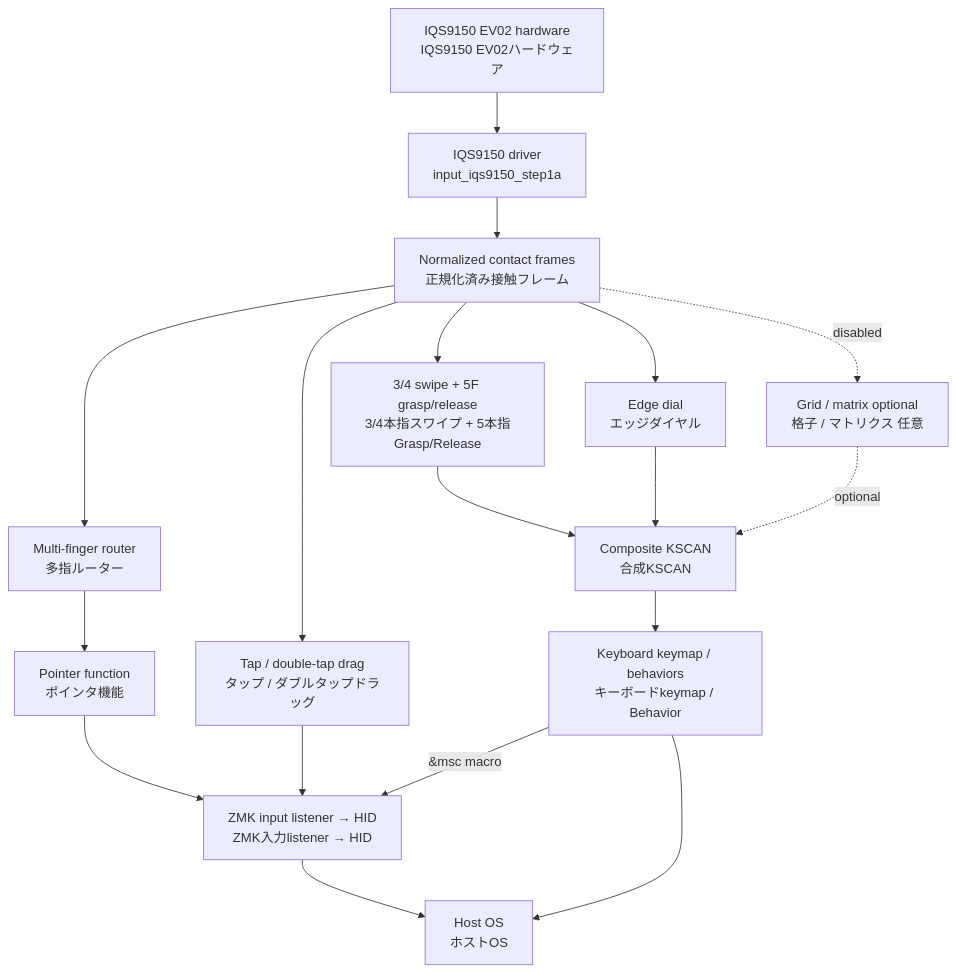
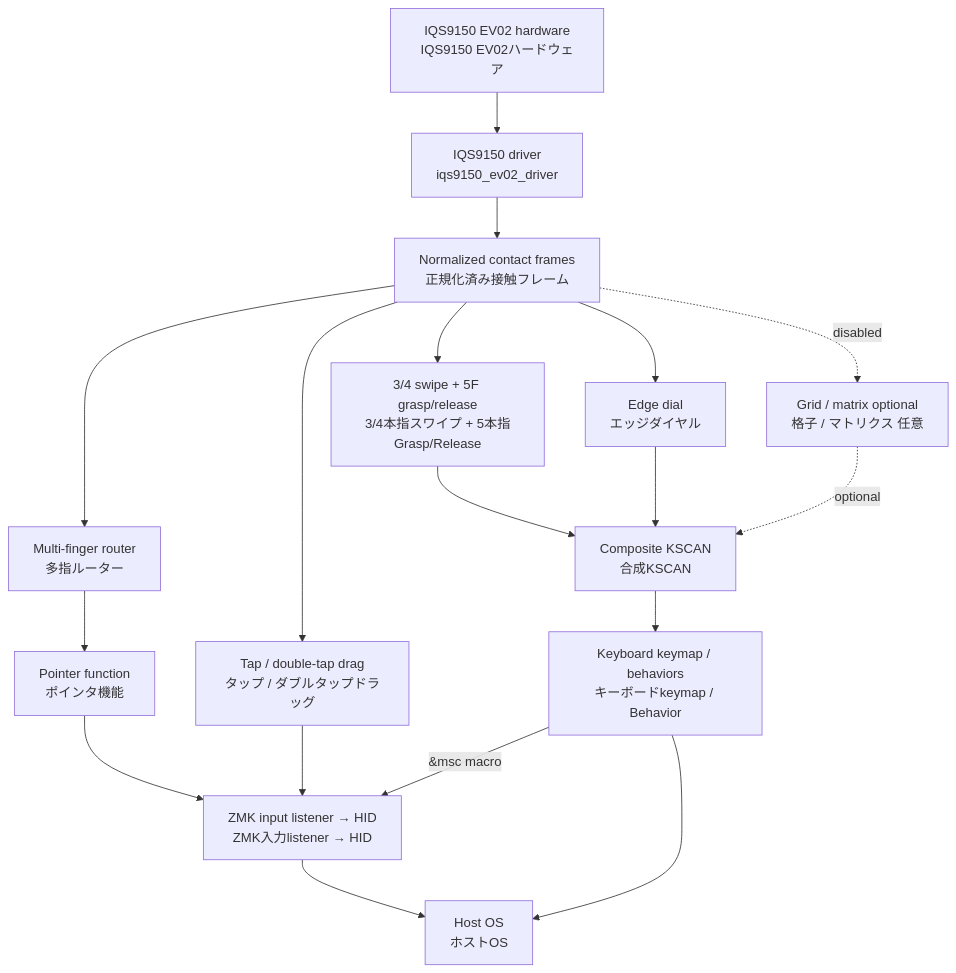
One commit to taichan1113/zmk-config-travelers_pad changed the diagram in docs/architecture-and-tuning.md. Above: the diagram before and after it, drawn with Mermaid. The commit also changed other lines of this file and 9 other files, not shown here.

Commit message:
refactor: name the IQS9150 EV02 driver

````diff
--- a/docs/architecture-and-tuning.md
+++ b/docs/architecture-and-tuning.md
@@ -13,29 +13,29 @@
 ```mermaid
 flowchart TD
     HW[IQS9150 EV02 hardware<br/>IQS9150 EV02ハードウェア]
-    DRV[IQS9150 driver<br/>input_iqs9150_step1a]
+    DRV[IQS9150 driver<br/>iqs9150_ev02_driver]
     RAW[Normalized contact frames<br/>正規化済み接触フレーム]
     ROUTER[Multi-finger router<br/>多指ルーター]
     PTR[Pointer function<br/>ポインタ機能]
     TAP[Tap / double-tap drag<br/>タップ / ダブルタップドラッグ]
     MF[3/4 swipe + 5F grasp/release<br/>3/4本指スワイプ + 5本指Grasp/Release]
     EDGE[Edge dial<br/>エッジダイヤル]
     GRID[Grid / matrix optional<br/>格子 / マトリクス 任意]
     HID[ZMK input listener → HID<br/>ZMK入力listener → HID]
     COMP[Composite KSCAN<br/>合成KSCAN]
     KEYMAP[Keyboard keymap / behaviors<br/>キーボードkeymap / Behavior]
     HOST[Host OS<br/>ホストOS]
 
     HW --> DRV --> RAW
     RAW --> ROUTER
     RAW --> TAP
     RAW --> MF
     RAW --> EDGE
     RAW -. disabled .-> GRID
     ROUTER --> PTR --> HID --> HOST
     TAP --> HID
     MF --> COMP --> KEYMAP --> HOST
     EDGE --> COMP
     GRID -. optional .-> COMP
     KEYMAP -->|&msc macro| HID
 ```
````
